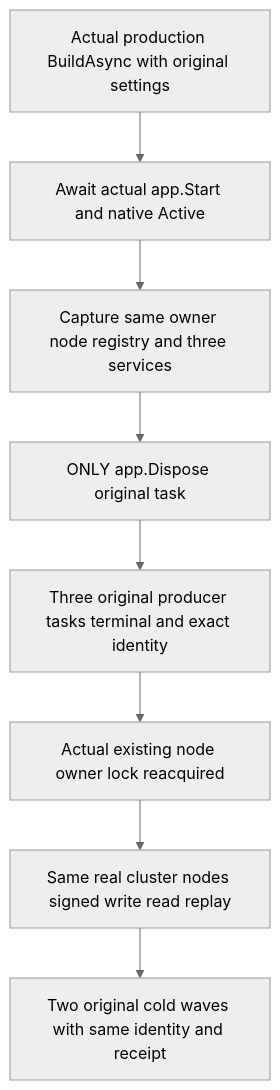
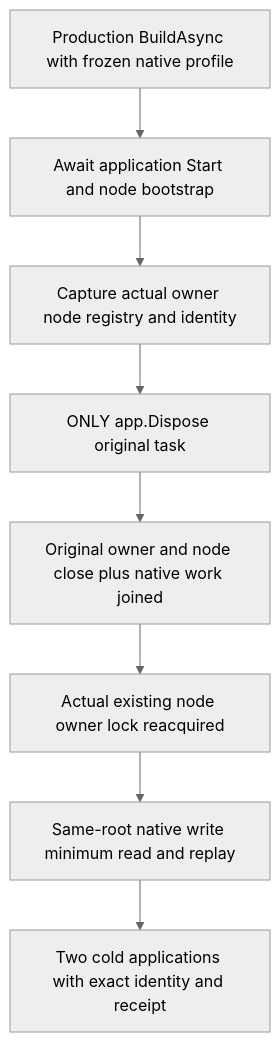
One commit to managedcode/KeyLoad changed the diagram in docs/Features/StorageRecovery/NativeProducerDirectDispose.md. Above: the diagram before and after it, drawn with Mermaid (neutral theme). The commit also changed other lines of this file and 1112 other files, not shown here.

````diff
--- a/docs/Features/StorageRecovery/NativeProducerDirectDispose.md
+++ b/docs/Features/StorageRecovery/NativeProducerDirectDispose.md
@@ -11,10 +11,10 @@
 ```mermaid
 flowchart TD
-    Build[Actual production BuildAsync with original settings] --> Active[Await actual app.Start and native Active]
-    Active --> Capture[Capture same owner node registry and three services]
+    Build[Production BuildAsync with frozen native profile] --> Active[Await application Start and node bootstrap]
+    Active --> Capture[Capture actual owner node registry and identity]
     Capture --> Dispose[ONLY app.Dispose original task]
-    Dispose --> Original[Three original producer tasks terminal and exact identity]
+    Dispose --> Original[Original owner and node close plus native work joined]
     Original --> Lock[Actual existing node owner lock reacquired]
-    Lock --> Healthy[Same real cluster nodes signed write read replay]
-    Healthy --> Cold[Two original cold waves with same identity and receipt]
+    Lock --> Healthy[Same-root native write minimum read and replay]
+    Healthy --> Cold[Two cold applications with exact identity and receipt]
 ```
````
